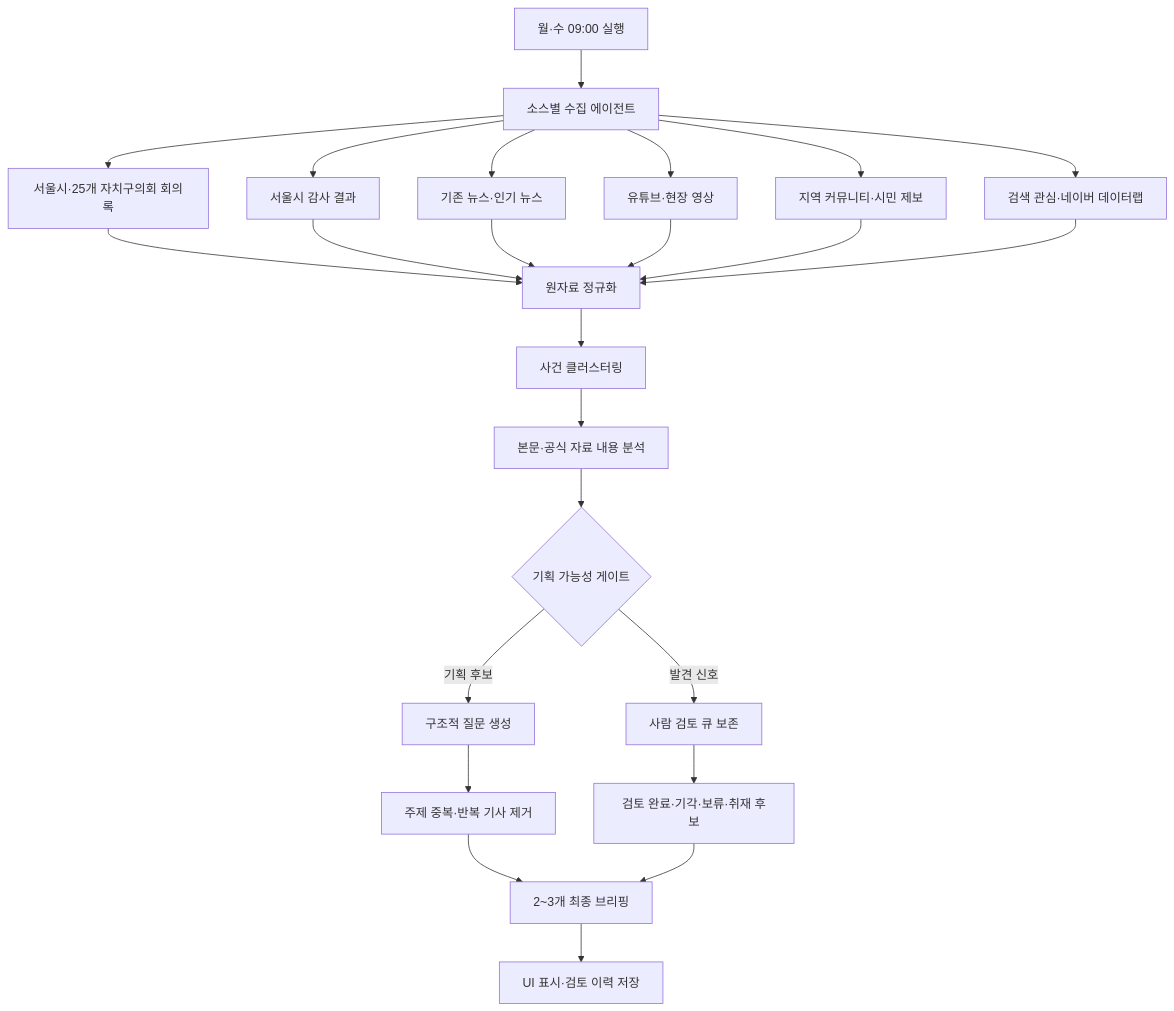
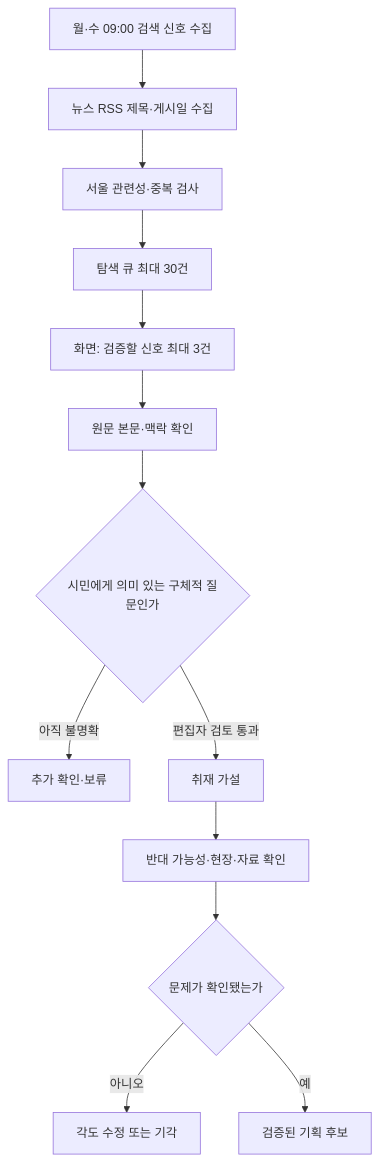
Before and after one commit to onetym77-bit/news-item-radar: the diagram in editorial-v3/SYSTEM_ARCHITECTURE.md, drawn with Mermaid. The commit also changed other lines of this file, not shown here.

Commit message:
실제 작동 범위와 검증 전 신호의 경계를 흐름도에 명시

````diff
--- a/editorial-v3/SYSTEM_ARCHITECTURE.md
+++ b/editorial-v3/SYSTEM_ARCHITECTURE.md
@@ -9,26 +9,15 @@
 ```mermaid
 flowchart TD
-    A[월·수 09:00 실행] --> B[소스별 수집 에이전트]
-    B --> B1[서울시·25개 자치구의회 회의록]
-    B --> B2[서울시 감사 결과]
-    B --> B3[기존 뉴스·인기 뉴스]
-    B --> B4[유튜브·현장 영상]
-    B --> B5[지역 커뮤니티·시민 제보]
-    B --> B6[검색 관심·네이버 데이터랩]
-    B1 --> C[원자료 정규화]
-    B2 --> C
-    B3 --> C
-    B4 --> C
-    B5 --> C
-    B6 --> C
-    C --> D[사건 클러스터링]
-    D --> E[본문·공식 자료 내용 분석]
-    E --> F{기획 가능성 게이트}
-    F -->|발견 신호| G[사람 검토 큐 보존]
-    F -->|기획 후보| H[구조적 질문 생성]
-    H --> I[주제 중복·반복 기사 제거]
-    I --> J[2~3개 최종 브리핑]
-    G --> K[검토 완료·기각·보류·취재 후보]
-    K --> J
-    J --> L[UI 표시·검토 이력 저장]
+    A[월·수 09:00 검색 신호 수집] --> B[뉴스 RSS 제목·게시일 수집]
+    B --> C[서울 관련성·중복 검사]
+    C --> D[탐색 큐 최대 30건]
+    D --> E[화면: 검증할 신호 최대 3건]
+    E --> F[원문 본문·맥락 확인]
+    F --> G{시민에게 의미 있는 구체적 질문인가}
+    G -->|아직 불명확| H[추가 확인·보류]
+    G -->|편집자 검토 통과| I[취재 가설]
+    I --> J[반대 가능성·현장·자료 확인]
+    J --> K{문제가 확인됐는가}
+    K -->|아니오| L[각도 수정 또는 기각]
+    K -->|예| M[검증된 기획 후보]
 ```
````
